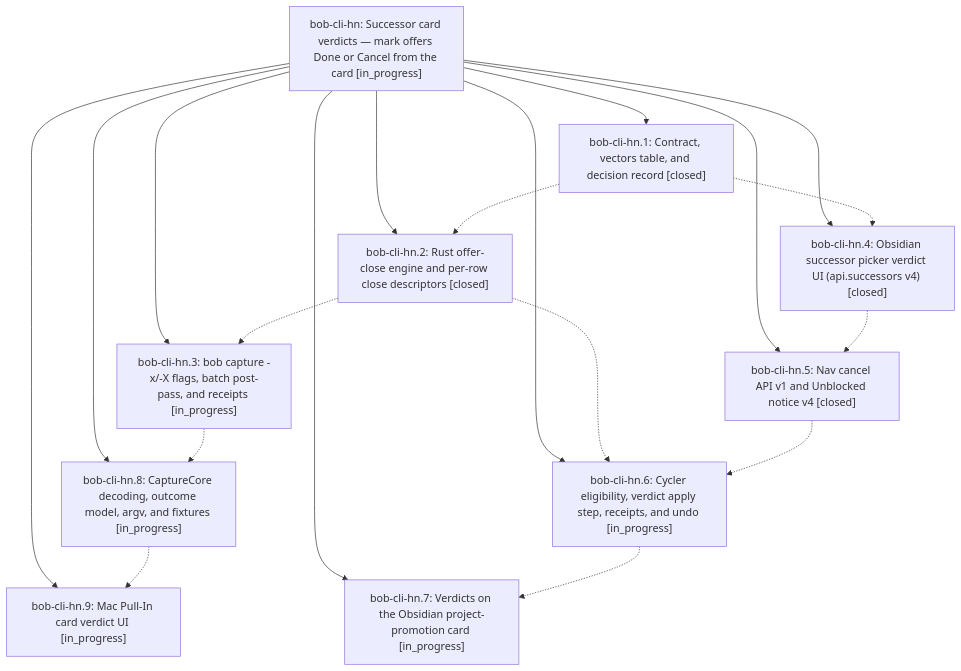
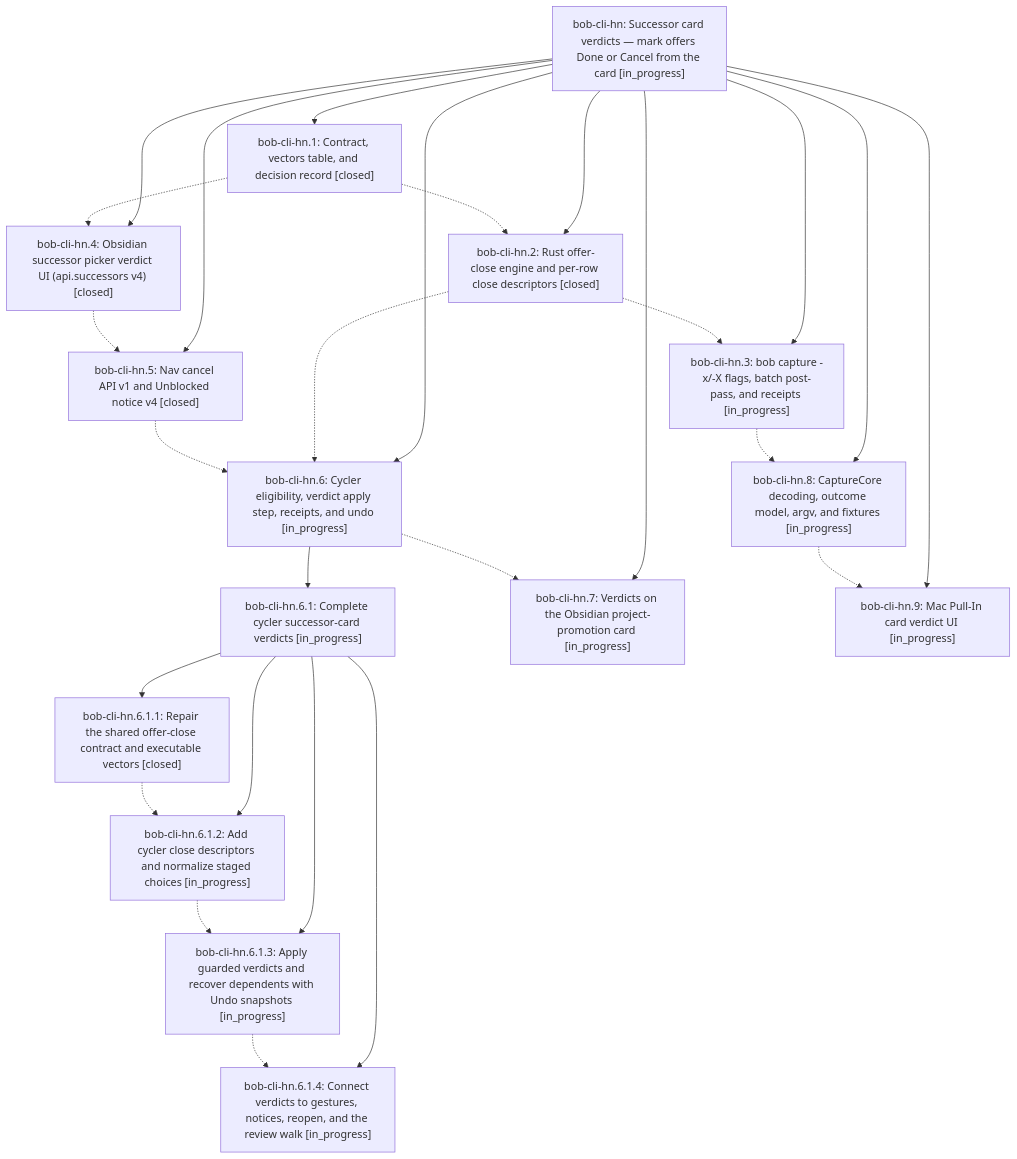
One commit to bobs-org/bob-cli--beads changed the diagram in pages/bob-cli-hn/README.md. Above: the diagram before and after it, drawn with Mermaid. The commit also changed other lines of this file and 8 other files, not shown here.

First line of the commit message:
chore(beads): sync bead state and pages for bob-cli-hn

````diff
--- a/pages/bob-cli-hn/README.md
+++ b/pages/bob-cli-hn/README.md
@@ -44,31 +44,44 @@
 ```mermaid
 flowchart TD
     n0["bob-cli-hn: Successor card verdicts — mark offers Done or Cancel from the card [in_progress]"]
     n1["bob-cli-hn.1: Contract, vectors table, and decision record [closed]"]
     n2["bob-cli-hn.2: Rust offer-close engine and per-row close descriptors [closed]"]
     n3["bob-cli-hn.3: bob capture -x/-X flags, batch post-pass, and receipts [in_progress]"]
     n4["bob-cli-hn.4: Obsidian successor picker verdict UI (api.successors v4) [closed]"]
     n5["bob-cli-hn.5: Nav cancel API v1 and Unblocked notice v4 [closed]"]
     n6["bob-cli-hn.6: Cycler eligibility, verdict apply step, receipts, and undo [in_progress]"]
-    n7["bob-cli-hn.7: Verdicts on the Obsidian project-promotion card [in_progress]"]
-    n8["bob-cli-hn.8: CaptureCore decoding, outcome model, argv, and fixtures [in_progress]"]
-    n9["bob-cli-hn.9: Mac Pull-In card verdict UI [in_progress]"]
+    n7["bob-cli-hn.6.1: Complete cycler successor-card verdicts [in_progress]"]
+    n8["bob-cli-hn.6.1.1: Repair the shared offer-close contract and executable vectors [closed]"]
+    n9["bob-cli-hn.6.1.2: Add cycler close descriptors and normalize staged choices [in_progress]"]
+    n10["bob-cli-hn.6.1.3: Apply guarded verdicts and recover dependents with Undo snapshots [in_progress]"]
+    n11["bob-cli-hn.6.1.4: Connect verdicts to gestures, notices, reopen, and the review walk [in_progress]"]
+    n12["bob-cli-hn.7: Verdicts on the Obsidian project-promotion card [in_progress]"]
+    n13["bob-cli-hn.8: CaptureCore decoding, outcome model, argv, and fixtures [in_progress]"]
+    n14["bob-cli-hn.9: Mac Pull-In card verdict UI [in_progress]"]
     n0 --> n1
     n0 --> n2
     n0 --> n3
     n0 --> n4
     n0 --> n5
     n0 --> n6
-    n0 --> n7
-    n0 --> n8
-    n0 --> n9
+    n6 --> n7
+    n7 --> n8
+    n7 --> n9
+    n7 --> n10
+    n7 --> n11
+    n0 --> n12
+    n0 --> n13
+    n0 --> n14
     n1 -.-> n2
     n1 -.-> n4
     n2 -.-> n3
     n2 -.-> n6
-    n3 -.-> n8
+    n3 -.-> n13
     n4 -.-> n5
     n5 -.-> n6
-    n6 -.-> n7
+    n6 -.-> n12
     n8 -.-> n9
+    n9 -.-> n10
+    n10 -.-> n11
+    n13 -.-> n14
 ```
````
